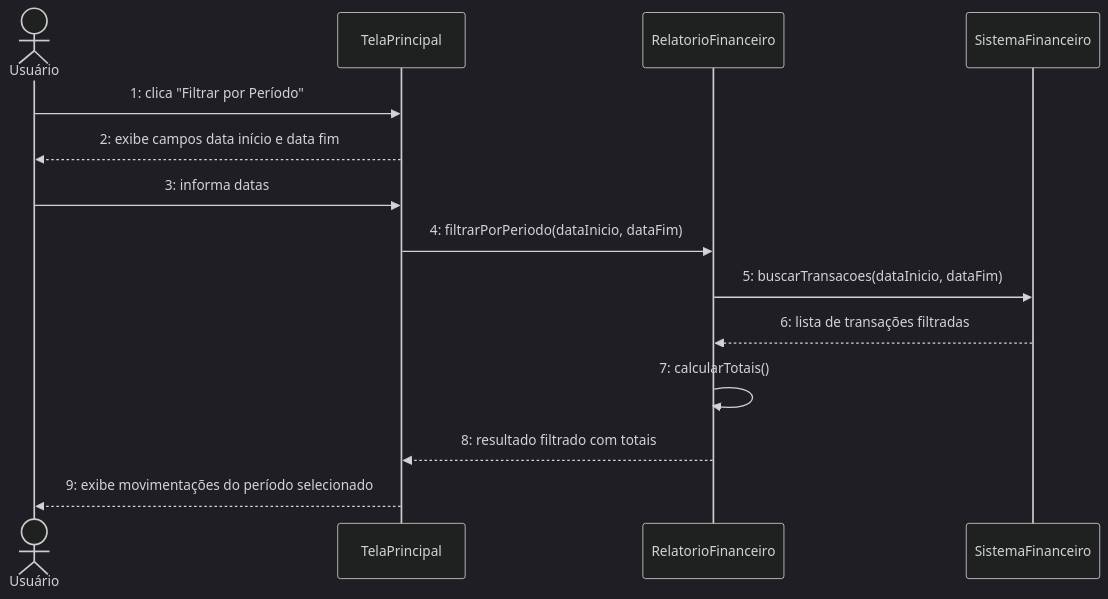
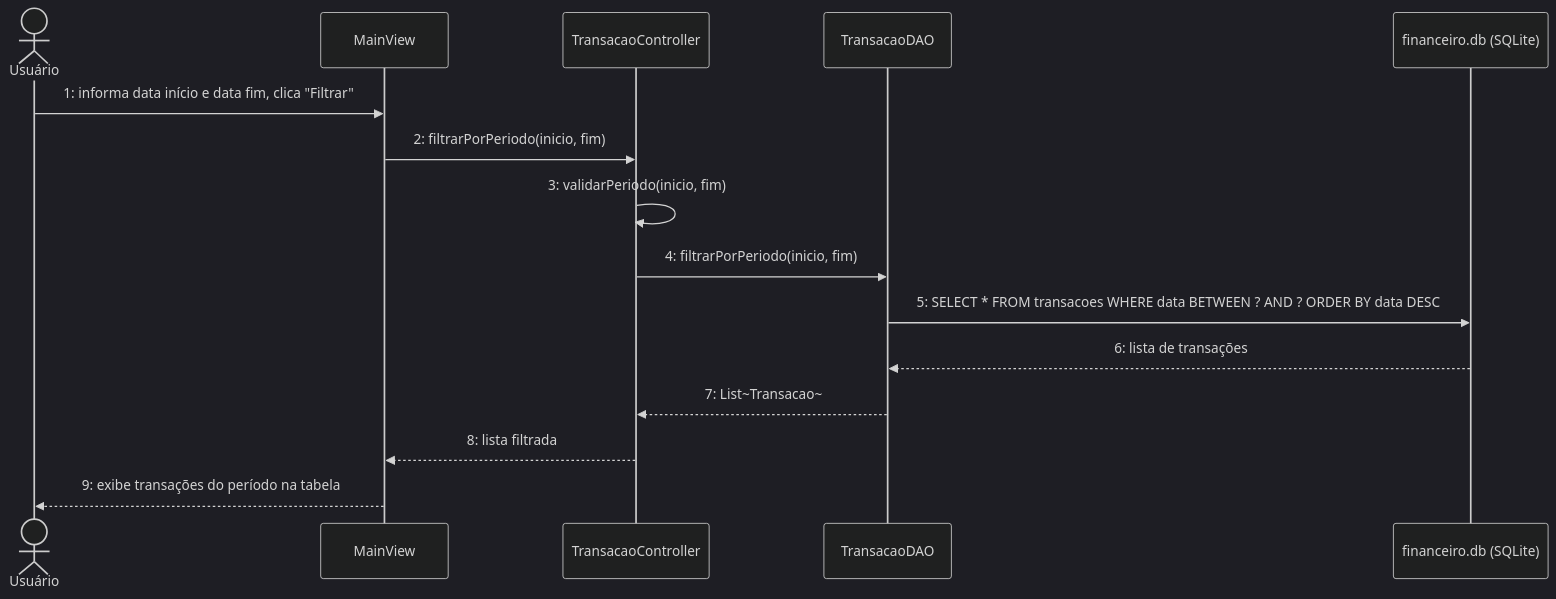
The fifth of 7 diagrams in relacionamento/ds.md (NEXA-project-br/NEXA), drawn with Mermaid (dark theme) before and after one commit. The commit also changed other lines of this file and 4 other files, not shown here.

````diff
--- a/relacionamento/ds.md
+++ b/relacionamento/ds.md
@@ -95,17 +137,18 @@
 ```mermaid
 sequenceDiagram
   actor U as Usuário
-  participant T as TelaPrincipal
-  participant R as RelatorioFinanceiro
-  participant S as SistemaFinanceiro
+  participant V as MainView
+  participant C as TransacaoController
+  participant D as TransacaoDAO
+  participant DB as financeiro.db (SQLite)
 
-  U->>T: 1: clica "Filtrar por Período"
-  T-->>U: 2: exibe campos data início e data fim
-  U->>T: 3: informa datas
-  T->>R: 4: filtrarPorPeriodo(dataInicio, dataFim)
-  R->>S: 5: buscarTransacoes(dataInicio, dataFim)
-  S-->>R: 6: lista de transações filtradas
-  R->>R: 7: calcularTotais()
-  R-->>T: 8: resultado filtrado com totais
-  T-->>U: 9: exibe movimentações do período selecionado
+  U->>V: 1: informa data início e data fim, clica "Filtrar"
+  V->>C: 2: filtrarPorPeriodo(inicio, fim)
+  C->>C: 3: validarPeriodo(inicio, fim)
+  C->>D: 4: filtrarPorPeriodo(inicio, fim)
+  D->>DB: 5: SELECT * FROM transacoes WHERE data BETWEEN ? AND ? ORDER BY data DESC
+  DB-->>D: 6: lista de transações
+  D-->>C: 7: List~Transacao~
+  C-->>V: 8: lista filtrada
+  V-->>U: 9: exibe transações do período na tabela
 ```
````
